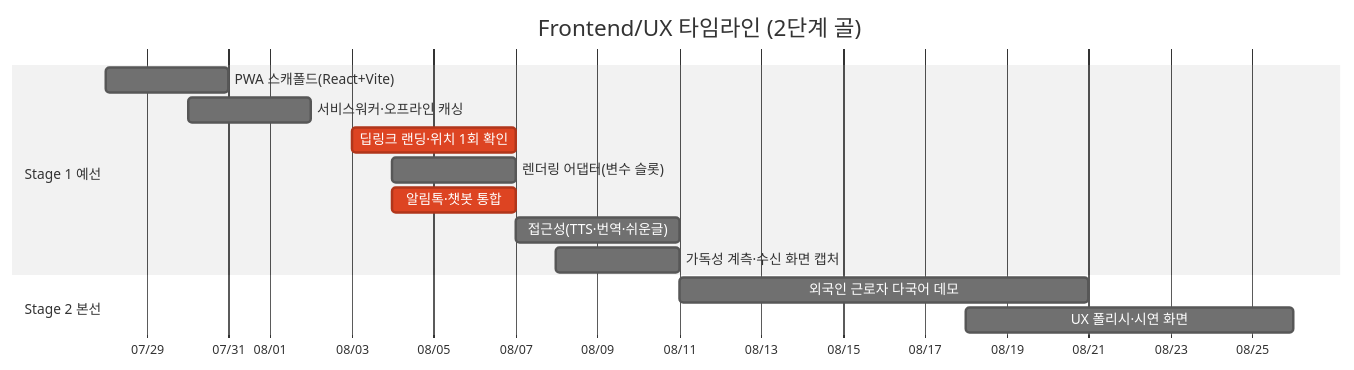
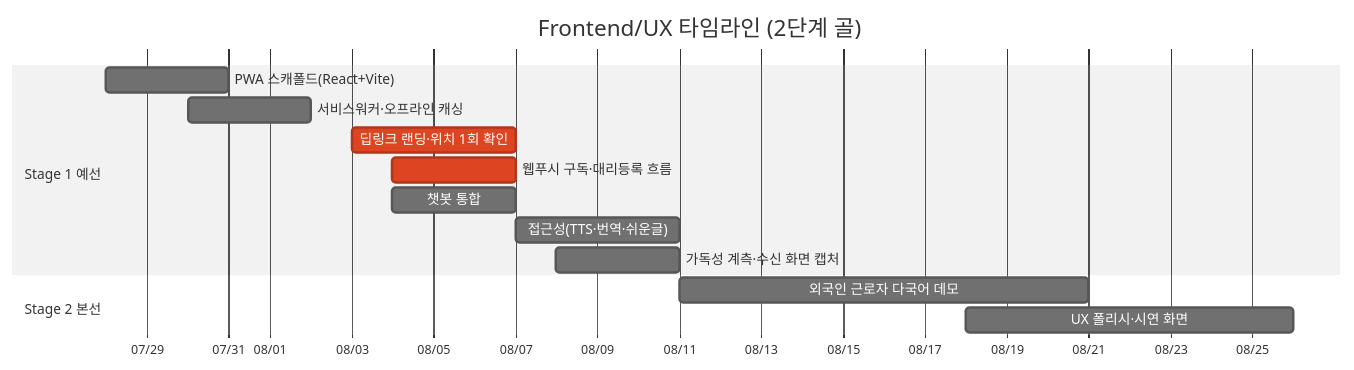
One commit to team-savers/savers-project changed the diagram in docs/역할_일정/04-프론트엔드-UX.md. Above: the diagram before and after it, drawn with Mermaid (neutral theme). The commit also changed other lines of this file and 3 other files, not shown here.

````diff
--- a/docs/역할_일정/04-프론트엔드-UX.md
+++ b/docs/역할_일정/04-프론트엔드-UX.md
@@ -9,17 +21,17 @@
 ```mermaid
 gantt
     title Frontend/UX 타임라인 (2단계 골)
     dateFormat YYYY-MM-DD
     axisFormat %m/%d
     section Stage 1 예선
     PWA 스캐폴드(React+Vite)   :2026-07-28, 3d
     서비스워커·오프라인 캐싱   :2026-07-30, 3d
     딥링크 랜딩·위치 1회 확인   :crit, 2026-08-03, 4d
-    렌더링 어댑터(변수 슬롯)    :2026-08-04, 3d
-    알림톡·챗봇 통합           :crit, 2026-08-04, 3d
+    웹푸시 구독·대리등록 흐름   :crit, 2026-08-04, 3d
+    챗봇 통합                  :2026-08-04, 3d
     접근성(TTS·번역·쉬운글)     :2026-08-07, 4d
     가독성 계측·수신 화면 캡처   :2026-08-08, 3d
     section Stage 2 본선
     외국인 근로자 다국어 데모   :2026-08-11, 10d
     UX 폴리시·시연 화면        :2026-08-18, 8d
 ```
````
